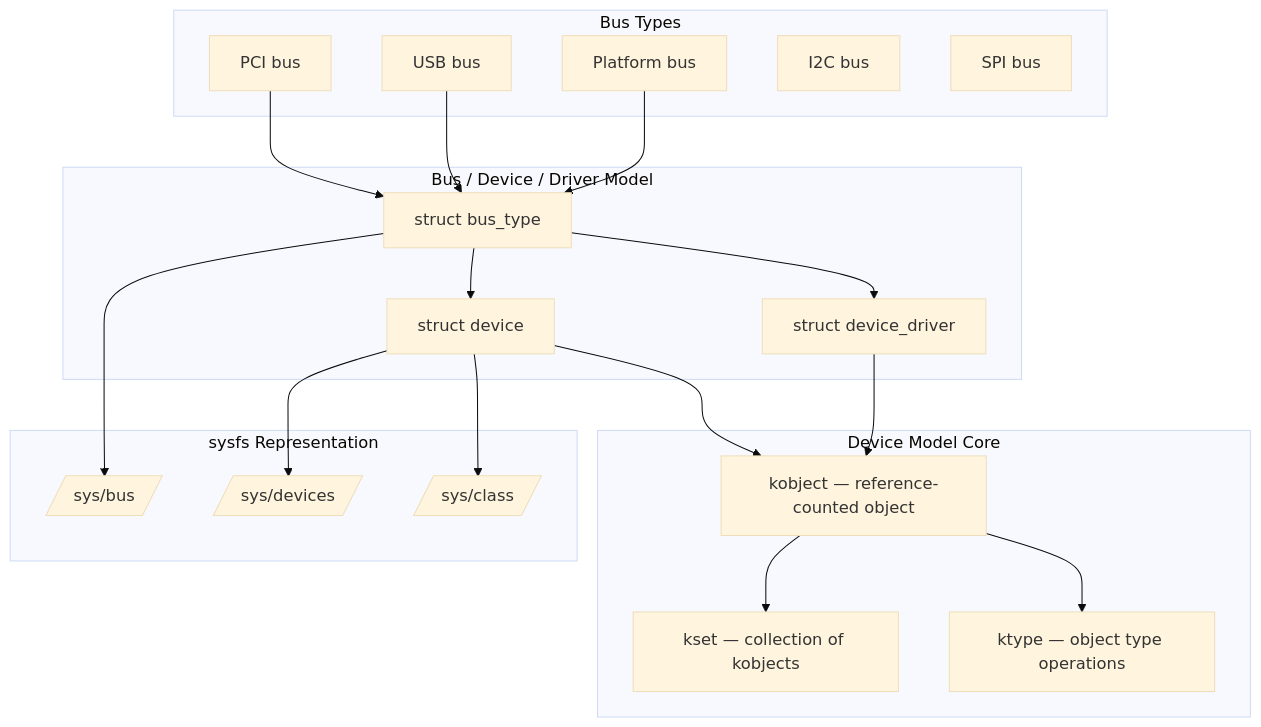
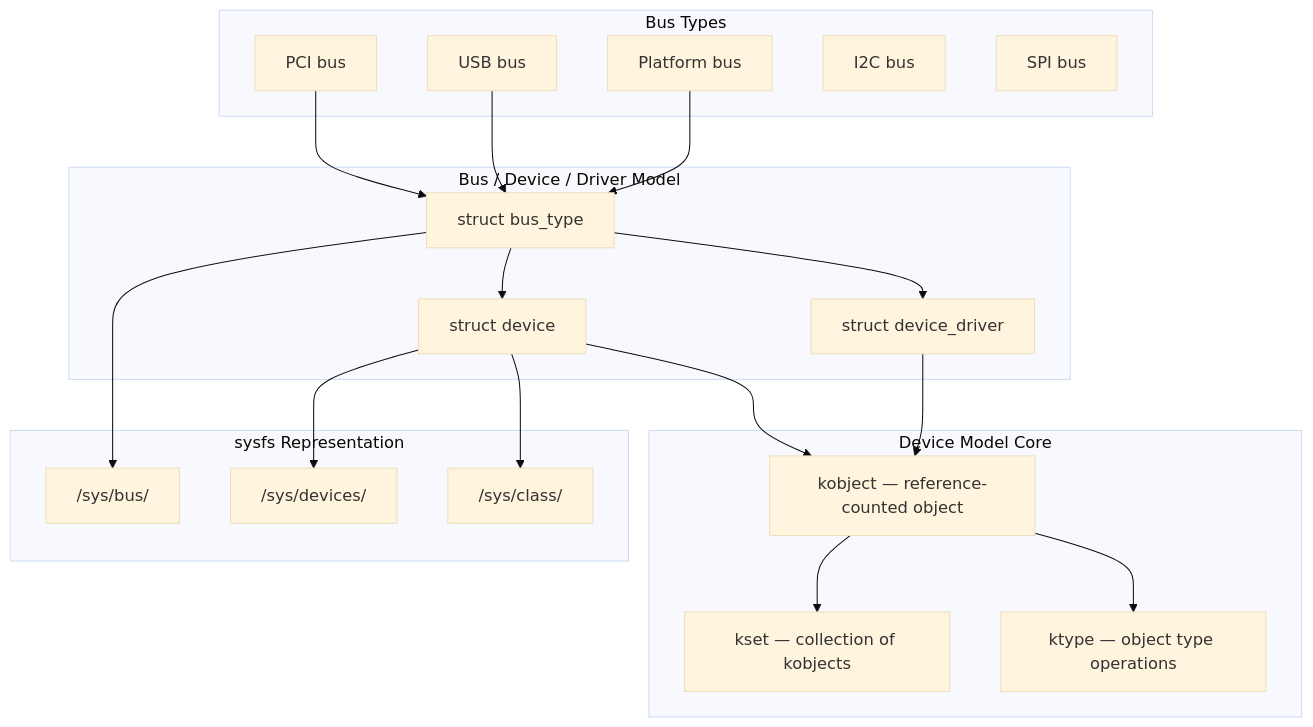
One commit to Abhinav-Kumar012/lb2 changed the eighth of 12 diagrams in src/kernel/architecture.md. Above: the diagram before and after it, drawn with Mermaid (base theme). The commit also changed 71 other files, not shown here.

First line of the commit message:
fix: quote all mermaid labels with special chars

````diff
--- a/src/kernel/architecture.md
+++ b/src/kernel/architecture.md
@@ -542,41 +542,41 @@
 ```mermaid
 graph TB
     subgraph "Device Model Core"
         KOBJ[kobject — reference-counted object]
         KSET[kset — collection of kobjects]
         KTYPE[ktype — object type operations]
     end
 
     subgraph "Bus / Device / Driver Model"
         BUS[struct bus_type]
         DEVICE[struct device]
         DRIVER[struct device_driver]
     end
 
     subgraph "Bus Types"
         PCI[PCI bus]
         USB[USB bus]
         PLATFORM[Platform bus]
         I2C[I2C bus]
         SPI[SPI bus]
     end
 
     subgraph "sysfs Representation"
-        SYSFS_BUS[/sys/bus/]
-        SYSFS_DEV[/sys/devices/]
-        SYSFS_CLASS[/sys/class/]
+        SYSFS_BUS["/sys/bus/"]
+        SYSFS_DEV["/sys/devices/"]
+        SYSFS_CLASS["/sys/class/"]
     end
 
     KOBJ --> KSET
     KOBJ --> KTYPE
     BUS --> DEVICE
     BUS --> DRIVER
     DEVICE --> KOBJ
     DRIVER --> KOBJ
     PCI --> BUS
     USB --> BUS
     PLATFORM --> BUS
     BUS --> SYSFS_BUS
     DEVICE --> SYSFS_DEV
     DEVICE --> SYSFS_CLASS
 ```
````
